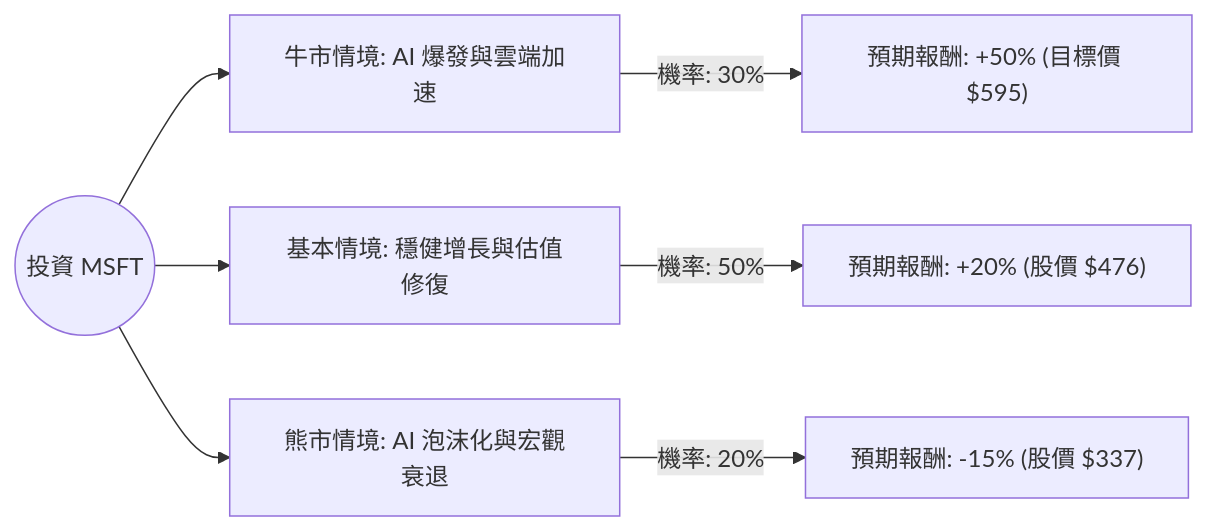
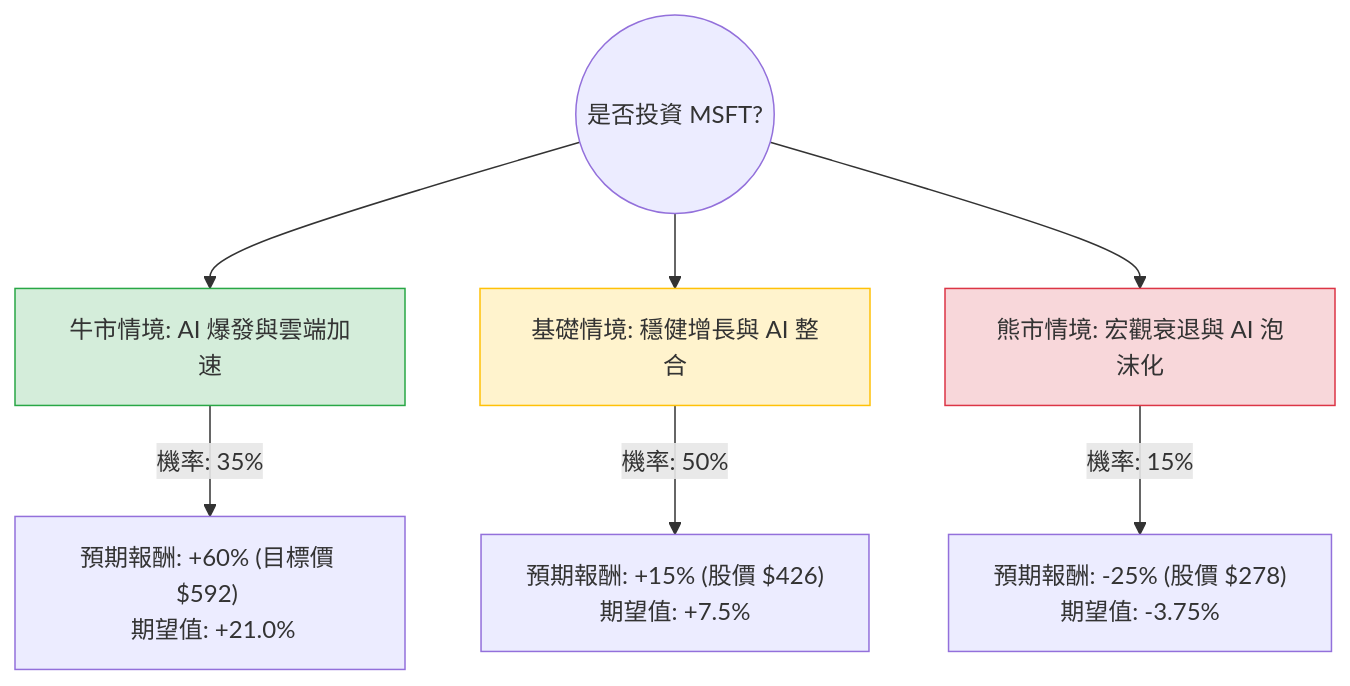
Before and after one commit to zmcx16/zmcx16.github.io: the diagram in plugin-react/ai-analysis/ev-analysis/MSFT.md, drawn with Mermaid. The commit also changed other lines of this file and 73 other files, not shown here.

````diff
--- a/plugin-react/ai-analysis/ev-analysis/MSFT.md
+++ b/plugin-react/ai-analysis/ev-analysis/MSFT.md
@@ -19,10 +20,14 @@
 ```mermaid
-graph LR
-    Start((投資 MSFT)) --> Bull[牛市情境: AI 爆發與雲端加速]
-    Start --> Base[基本情境: 穩健增長與估值修復]
-    Start --> Bear[熊市情境: AI 泡沫化與宏觀衰退]
+graph TD
+    Start((是否投資 MSFT?)) --> Bull[牛市情境: AI 爆發與雲端加速]
+    Start --> Base[基礎情境: 穩健增長與 AI 整合]
+    Start --> Bear[熊市情境: 宏觀衰退與 AI 泡沫化]
 
-    Bull -- "機率: 30%" --> BullResult["預期報酬: +50% (目標價 $595)"]
-    Base -- "機率: 50%" --> BaseResult["預期報酬: +20% (股價 $476)"]
-    Bear -- "機率: 20%" --> BearResult["預期報酬: -15% (股價 $337)"]
+    Bull -- "機率: 35%" --> Bull_EV["預期報酬: +60% (目標價 $592) <br> 期望值: +21.0%"]
+    Base -- "機率: 50%" --> Base_EV["預期報酬: +15% (股價 $426) <br> 期望值: +7.5%"]
+    Bear -- "機率: 15%" --> Bear_EV["預期報酬: -25% (股價 $278) <br> 期望值: -3.75%"]
+
+    style Bull fill:#d4edda,stroke:#28a745
+    style Base fill:#fff3cd,stroke:#ffc107
+    style Bear fill:#f8d7da,stroke:#dc3545
 ```
````
